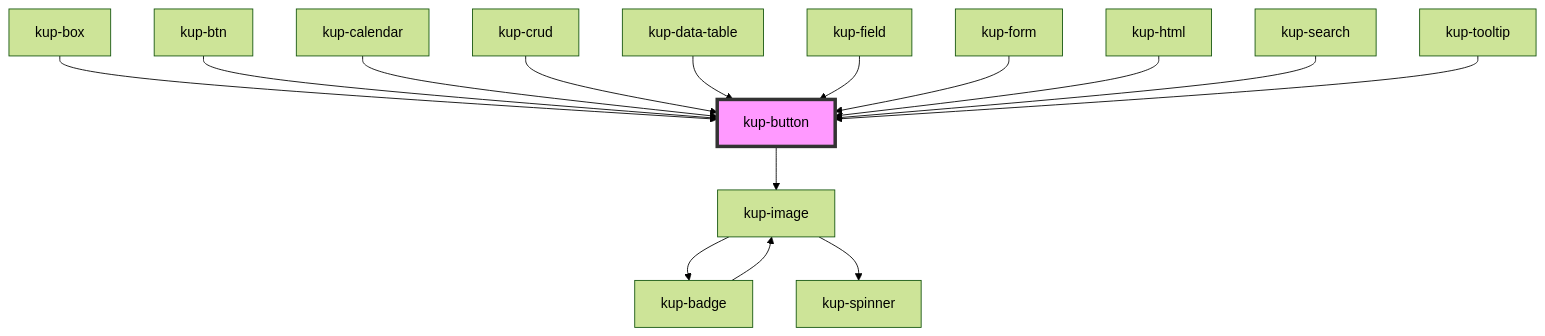
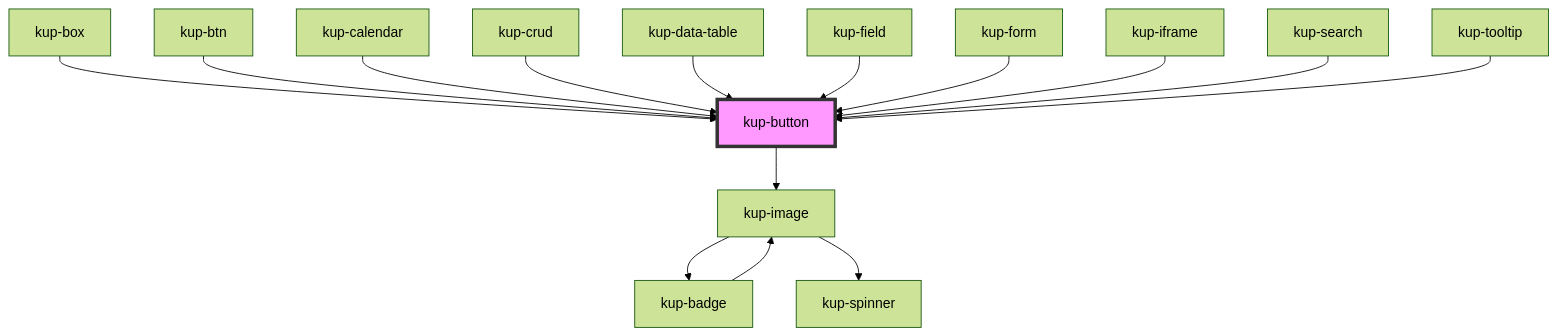
The diagram in packages/ketchup/src/components/kup-button/readme.md (smeup/ketchup), drawn with Mermaid (forest theme) before and after one commit. The commit also changed other lines of this file and 13 other files, not shown here.

Commit message:
html to iframe and showcase.

````diff
--- a/packages/ketchup/src/components/kup-button/readme.md
+++ b/packages/ketchup/src/components/kup-button/readme.md
@@ -56,18 +56,18 @@
 ```mermaid
 graph TD;
   kup-button --> kup-image
   kup-image --> kup-badge
   kup-image --> kup-spinner
   kup-badge --> kup-image
   kup-box --> kup-button
   kup-btn --> kup-button
   kup-calendar --> kup-button
   kup-crud --> kup-button
   kup-data-table --> kup-button
   kup-field --> kup-button
   kup-form --> kup-button
-  kup-html --> kup-button
+  kup-iframe --> kup-button
   kup-search --> kup-button
   kup-tooltip --> kup-button
   style kup-button fill:#f9f,stroke:#333,stroke-width:4px
 ```
````
